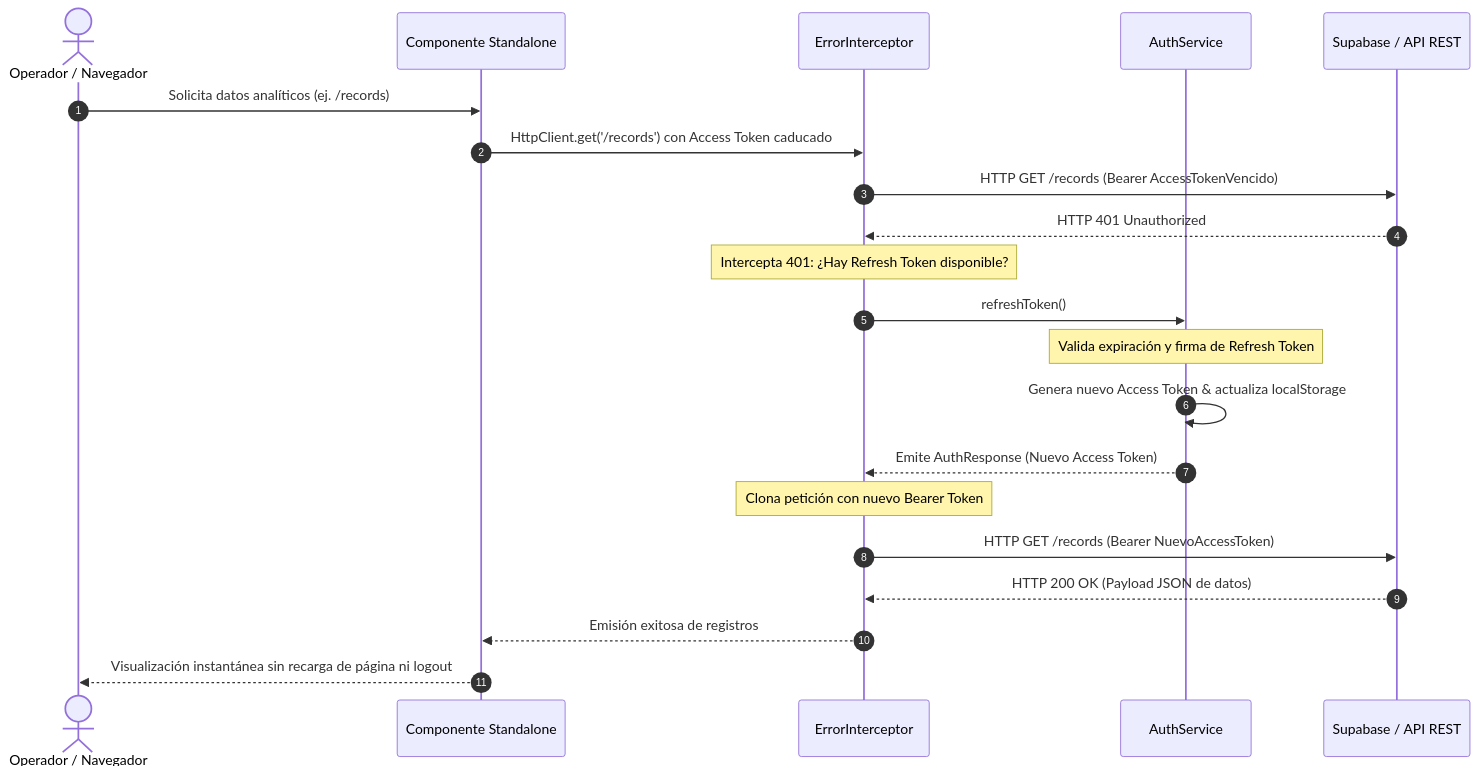
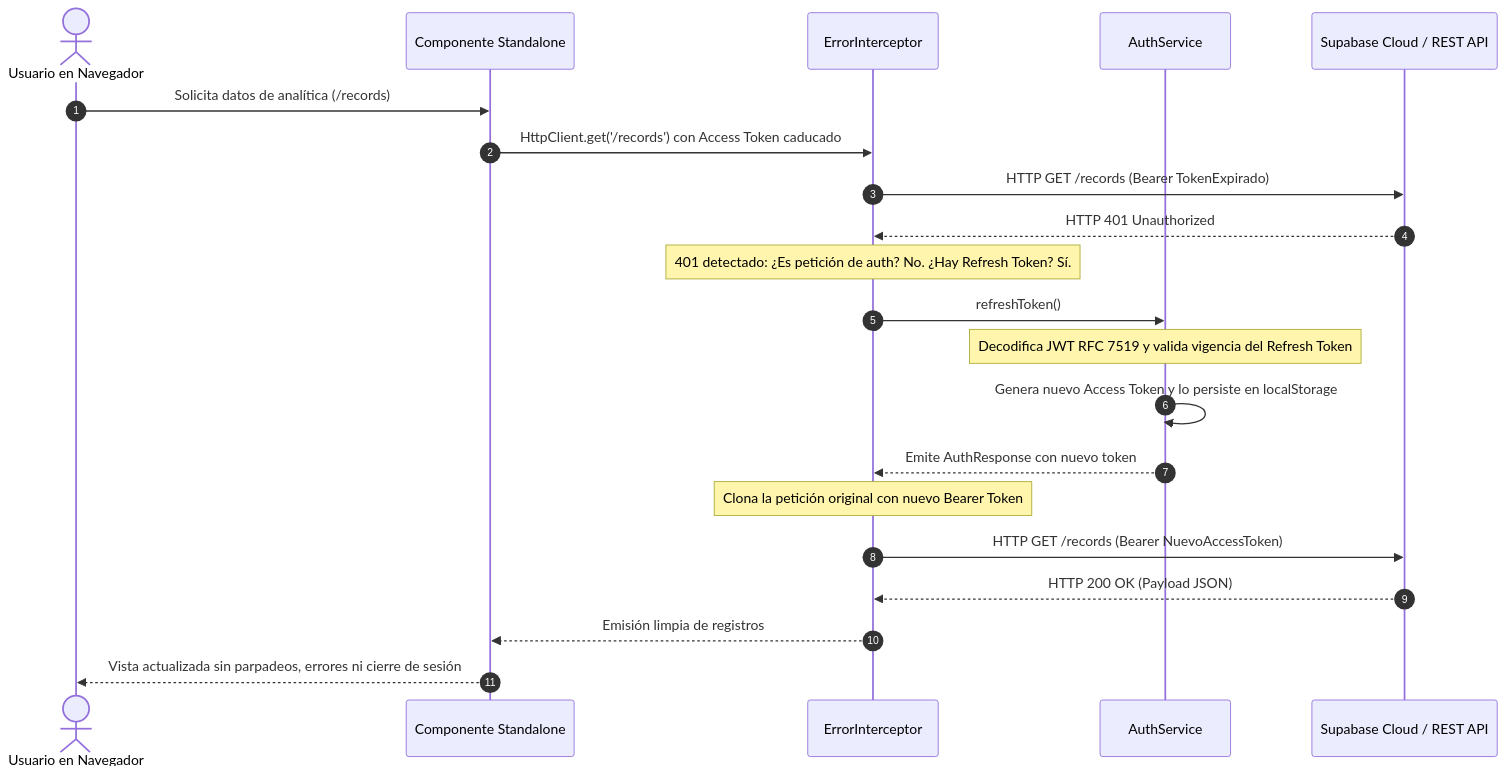
One commit to mateogit6222/enterprise-analytics changed the second of 2 diagrams in docs/security-architecture.md. Above: the diagram before and after it, drawn with Mermaid. The commit also changed other lines of this file and 47 other files, not shown here.

Commit message:
refactor(cleanup): eradicate IonicModule, prune obsolete docs modules and enrich security architecture memory

````diff
--- a/docs/security-architecture.md
+++ b/docs/security-architecture.md
@@ -143,24 +149,24 @@
 ```mermaid
 sequenceDiagram
     autonumber
-    actor Usuario as Operador / Navegador
+    actor Operador as Usuario en Navegador
     participant UI as Componente Standalone
     participant Interceptor as ErrorInterceptor
     participant AuthSvc as AuthService
-    participant API as Supabase / API REST
+    participant API as Supabase Cloud / REST API
 
-    Usuario->>UI: Solicita datos analíticos (ej. /records)
+    Operador->>UI: Solicita datos de analítica (/records)
     UI->>Interceptor: HttpClient.get('/records') con Access Token caducado
-    Interceptor->>API: HTTP GET /records (Bearer AccessTokenVencido)
+    Interceptor->>API: HTTP GET /records (Bearer TokenExpirado)
     API-->>Interceptor: HTTP 401 Unauthorized
-    Note over Interceptor: Intercepta 401: ¿Hay Refresh Token disponible?
+    Note over Interceptor: 401 detectado: ¿Es petición de auth? No. ¿Hay Refresh Token? Sí.
     Interceptor->>AuthSvc: refreshToken()
-    Note over AuthSvc: Valida expiración y firma de Refresh Token
-    AuthSvc->>AuthSvc: Genera nuevo Access Token & actualiza localStorage
-    AuthSvc-->>Interceptor: Emite AuthResponse (Nuevo Access Token)
-    Note over Interceptor: Clona petición con nuevo Bearer Token
+    Note over AuthSvc: Decodifica JWT RFC 7519 y valida vigencia del Refresh Token
+    AuthSvc->>AuthSvc: Genera nuevo Access Token y lo persiste en localStorage
+    AuthSvc-->>Interceptor: Emite AuthResponse con nuevo token
+    Note over Interceptor: Clona la petición original con nuevo Bearer Token
     Interceptor->>API: HTTP GET /records (Bearer NuevoAccessToken)
-    API-->>Interceptor: HTTP 200 OK (Payload JSON de datos)
-    Interceptor-->>UI: Emisión exitosa de registros
-    UI-->>Usuario: Visualización instantánea sin recarga de página ni logout
+    API-->>Interceptor: HTTP 200 OK (Payload JSON)
+    Interceptor-->>UI: Emisión limpia de registros
+    UI-->>Operador: Vista actualizada sin parpadeos, errores ni cierre de sesión
 ```
````
